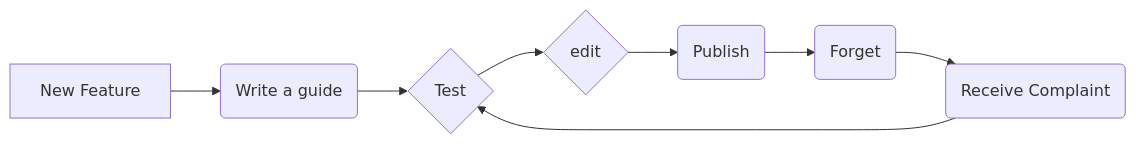
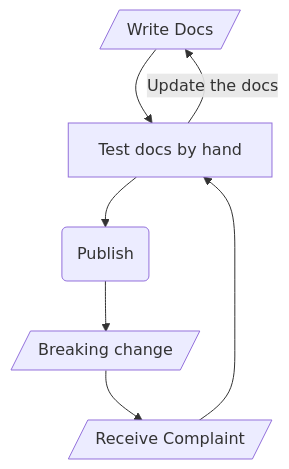
The first of 2 diagrams in README.md (DanRoscigno/SingleSourceCodeTestingAndDocs), drawn with Mermaid before and after one commit. The commit also changed other lines of this file, not shown here.

````diff
--- a/README.md
+++ b/README.md
@@ -5,12 +14,11 @@
 ```mermaid
-flowchart LR
+flowchart TD
 
-A[New Feature] --> 
-C(Write a guide)--> 
-E{Test} --> 
-G{edit} -->
+C[/Write Docs/]--> 
+E[Test docs by hand] -- Update the docs -->C
+E -->J
 J(Publish) -->
-M(Forget) --> 
-P(Receive Complaint) 
+M[/Breaking change/] -->
+P[/Receive Complaint/] 
 --> E
 ```
````
